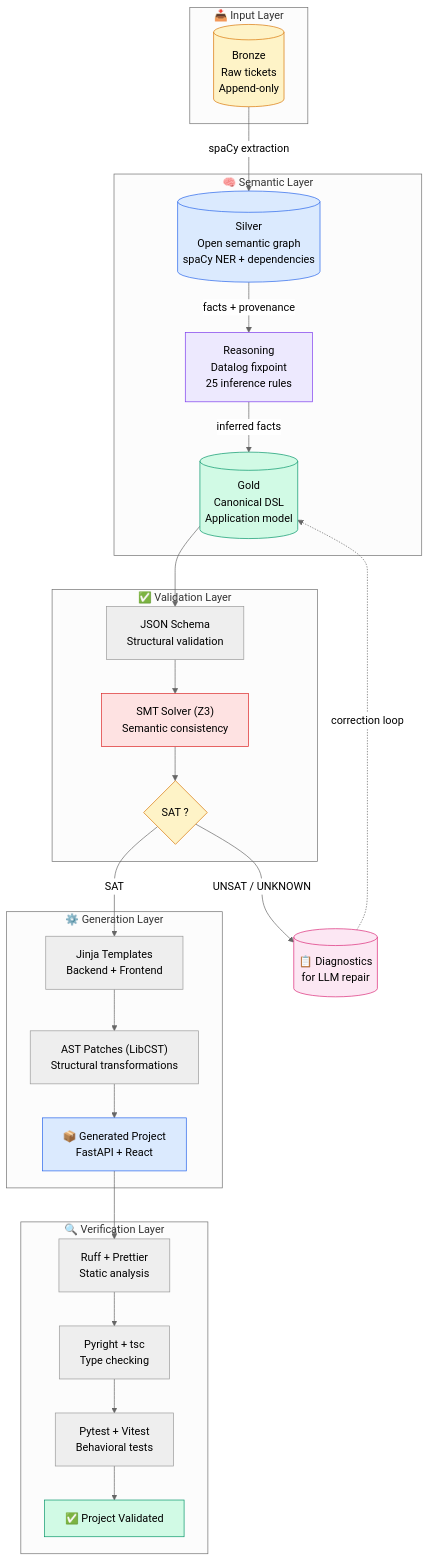
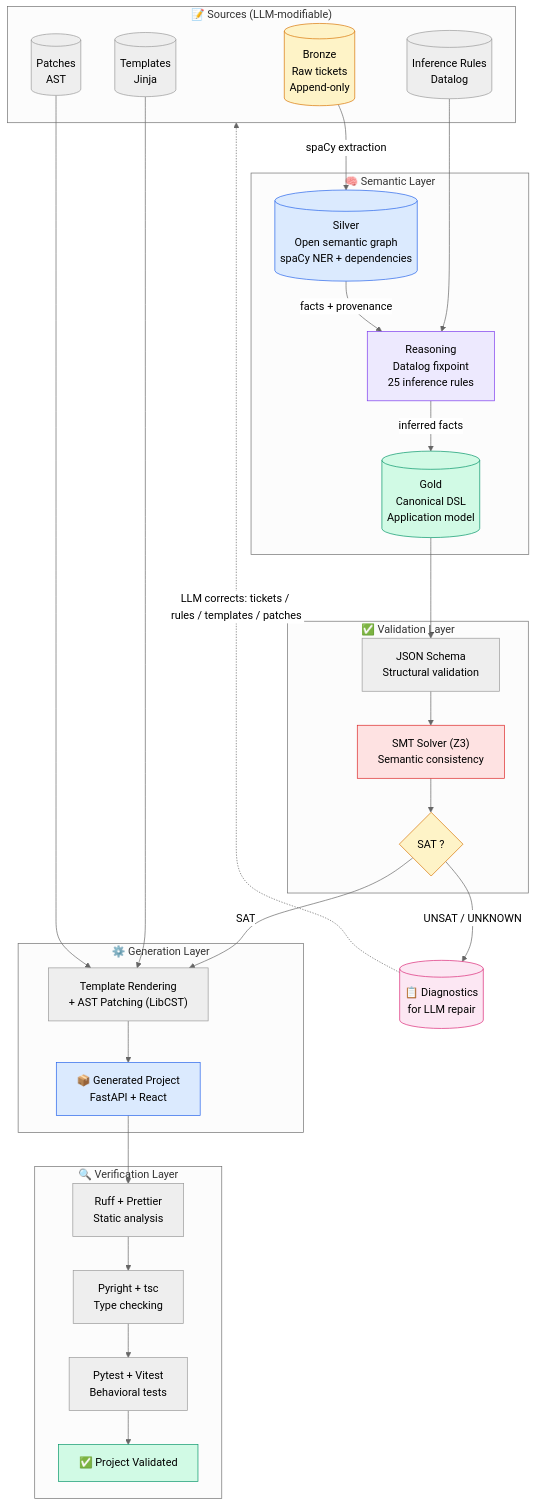
One commit to joanix2/LOF-Framework changed the second of 2 diagrams in README.md. Above: the diagram before and after it, drawn with Mermaid (neutral theme). The commit also changed 1 other file, not shown here.

Commit message:
fix(docs): correct LLM correction loop — points to sources, not DSL

````diff
--- a/README.md
+++ b/README.md
@@ -53,57 +53,61 @@
 ```mermaid
 flowchart TB
-    subgraph Input["📥 Input Layer"]
+    subgraph Sources["📝 Sources (LLM-modifiable)"]
         B[("Bronze<br/>Raw tickets<br/>Append-only")]
+        RULES[("Inference Rules<br/>Datalog")]
+        TEMPL[("Templates<br/>Jinja")]
+        PATCHES[("Patches<br/>AST")]
     end
 
     subgraph Semantic["🧠 Semantic Layer"]
         S[("Silver<br/>Open semantic graph<br/>spaCy NER + dependencies")]
         R["Reasoning<br/>Datalog fixpoint<br/>25 inference rules"]
         G[("Gold<br/>Canonical DSL<br/>Application model")]
     end
 
     subgraph Validation["✅ Validation Layer"]
         SCHEMA["JSON Schema<br/>Structural validation"]
         SMT["SMT Solver (Z3)<br/>Semantic consistency"]
         DECIDE{"SAT ?"}
     end
 
     subgraph Generation["⚙️ Generation Layer"]
-        T["Jinja Templates<br/>Backend + Frontend"]
-        P["AST Patches (LibCST)<br/>Structural transformations"]
+        GEN["Template Rendering<br/>+ AST Patching (LibCST)"]
         PROJ["📦 Generated Project<br/>FastAPI + React"]
     end
 
     subgraph Verification["🔍 Verification Layer"]
         LINT["Ruff + Prettier<br/>Static analysis"]
         TYPE["Pyright + tsc<br/>Type checking"]
         TEST["Pytest + Vitest<br/>Behavioral tests"]
         VALID["✅ Project Validated"]
     end
 
     B -->|spaCy extraction| S
+    RULES --> R
     S -->|facts + provenance| R
     R -->|inferred facts| G
     G --> SCHEMA
     SCHEMA --> SMT
     SMT --> DECIDE
     DECIDE -->|"UNSAT / UNKNOWN"| DIAG[("📋 Diagnostics<br/>for LLM repair")]
-    DIAG -.->|correction loop| G
-    DECIDE -->|SAT| T
-    T --> P
-    P --> PROJ
+    DIAG -.->|"LLM corrects: tickets / rules / templates / patches"| Sources
+    DECIDE -->|SAT| GEN
+    TEMPL --> GEN
+    PATCHES --> GEN
+    GEN --> PROJ
     PROJ --> LINT
     LINT --> TYPE
     TYPE --> TEST
     TEST --> VALID
 
     style B fill:#fef3c7,stroke:#d97706,color:#000
     style S fill:#dbeafe,stroke:#2563eb,color:#000
     style R fill:#ede9fe,stroke:#7c3aed,color:#000
     style G fill:#d1fae5,stroke:#059669,color:#000
     style SMT fill:#fee2e2,stroke:#dc2626,color:#000
     style DECIDE fill:#fef3c7,stroke:#d97706,color:#000
     style DIAG fill:#fce7f3,stroke:#db2777,color:#000
     style PROJ fill:#dbeafe,stroke:#2563eb,color:#000
     style VALID fill:#d1fae5,stroke:#059669,color:#000
 ```
````
